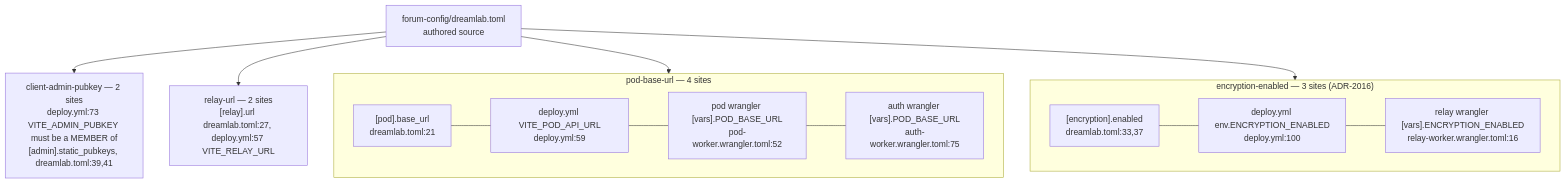
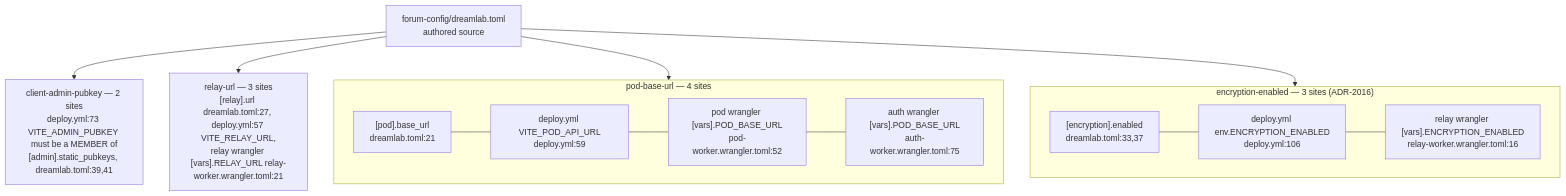
Before and after one commit to DreamLab-AI/VisionFlow: the fifth of 10 diagrams in docs/diagrams/dreamlab-ai-website/03-forum-config-overlay-zones-admin-kv-sync.md, drawn with Mermaid. The commit also changed other lines of this file and 160 other files, not shown here.

````diff
--- a/docs/diagrams/dreamlab-ai-website/03-forum-config-overlay-zones-admin-kv-sync.md
+++ b/docs/diagrams/dreamlab-ai-website/03-forum-config-overlay-zones-admin-kv-sync.md
@@ -121,15 +125,15 @@
 ```mermaid
 flowchart TB
     T["forum-config/dreamlab.toml<br/>authored source"] --> M4
     subgraph M4["pod-base-url — 4 sites"]
         direction LR
         P1["[pod].base_url<br/>dreamlab.toml:21"] --- P2["deploy.yml VITE_POD_API_URL<br/>deploy.yml:59"] --- P3["pod wrangler [vars].POD_BASE_URL<br/>pod-worker.wrangler.toml:52"] --- P4["auth wrangler [vars].POD_BASE_URL<br/>auth-worker.wrangler.toml:75"]
     end
     T --> M5["client-admin-pubkey — 2 sites<br/>deploy.yml:73 VITE_ADMIN_PUBKEY must be a MEMBER of<br/>[admin].static_pubkeys, dreamlab.toml:39,41"]
-    T --> M6["relay-url — 2 sites<br/>[relay].url dreamlab.toml:27, deploy.yml:57 VITE_RELAY_URL"]
+    T --> M6["relay-url — 3 sites<br/>[relay].url dreamlab.toml:27, deploy.yml:57 VITE_RELAY_URL,<br/>relay wrangler [vars].RELAY_URL relay-worker.wrangler.toml:21"]
     T --> M7
     subgraph M7["encryption-enabled — 3 sites (ADR-2016)"]
         direction LR
-        E1["[encryption].enabled<br/>dreamlab.toml:33,37"] --- E2["deploy.yml env.ENCRYPTION_ENABLED<br/>deploy.yml:100"] --- E3["relay wrangler [vars].ENCRYPTION_ENABLED<br/>relay-worker.wrangler.toml:16"]
+        E1["[encryption].enabled<br/>dreamlab.toml:33,37"] --- E2["deploy.yml env.ENCRYPTION_ENABLED<br/>deploy.yml:106"] --- E3["relay wrangler [vars].ENCRYPTION_ENABLED<br/>relay-worker.wrangler.toml:16"]
     end
 ```
````
